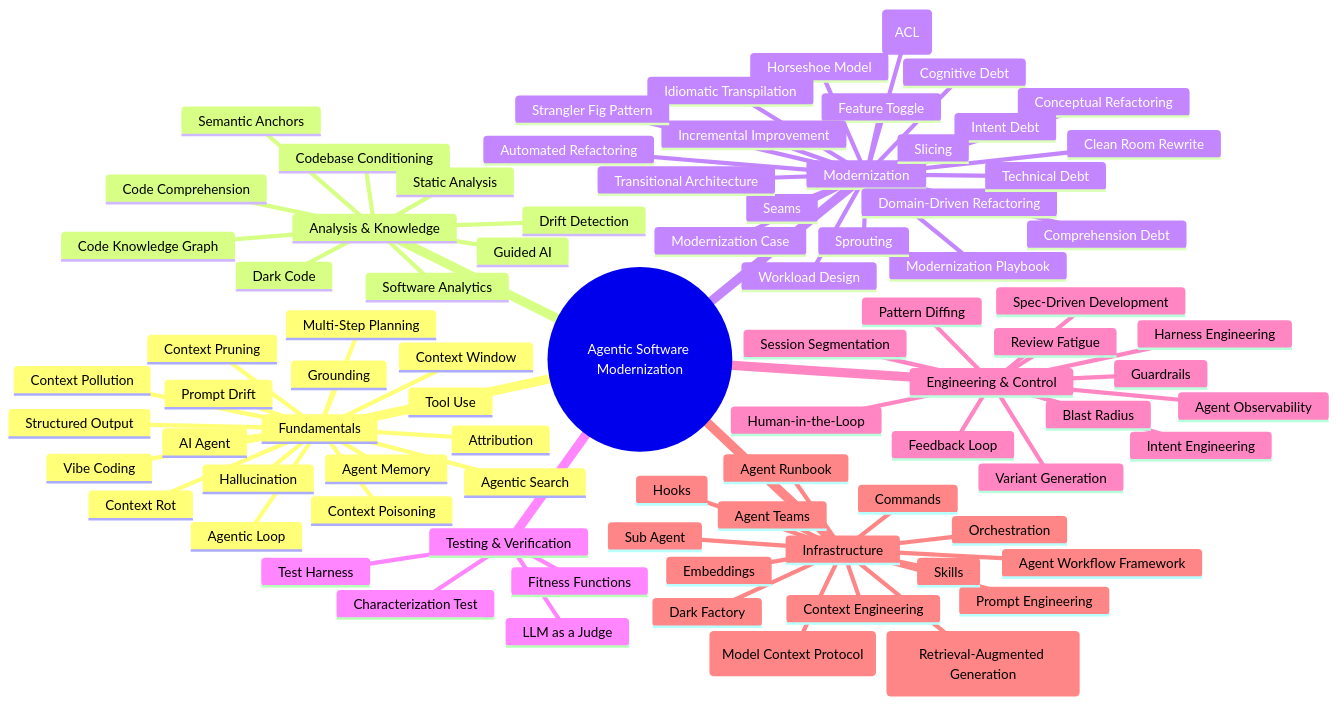
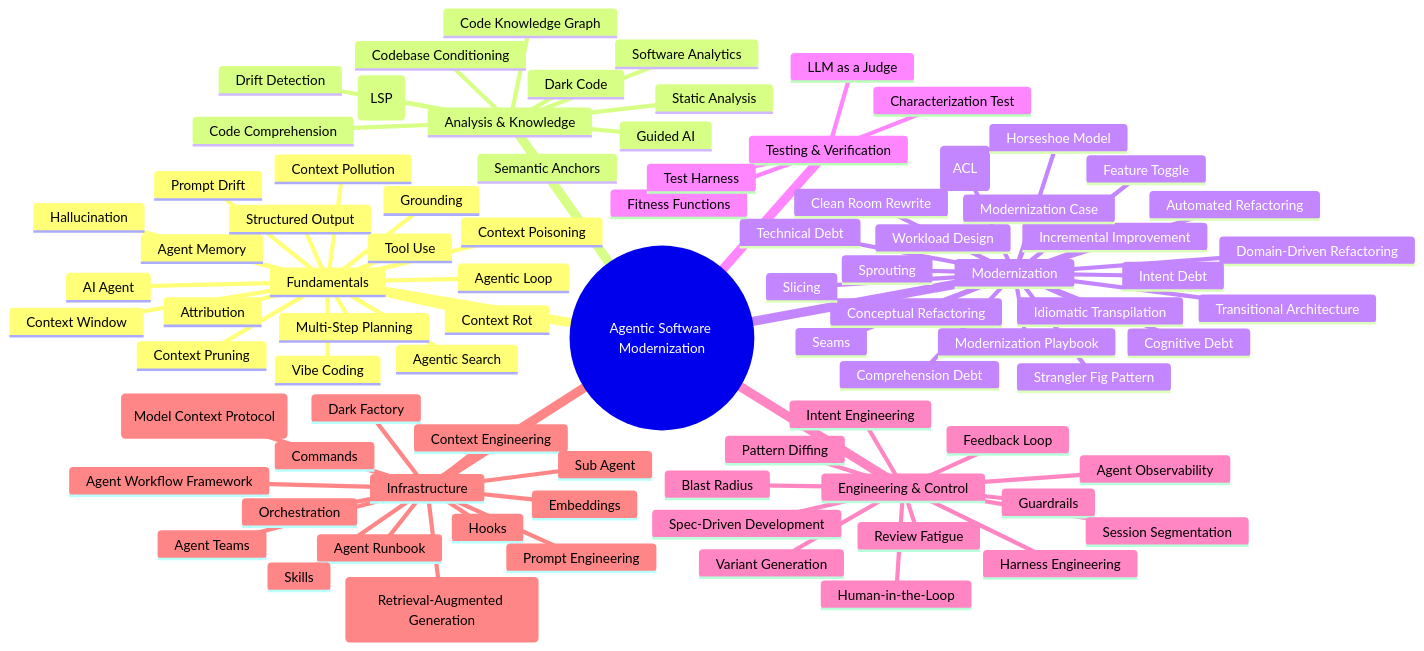
The sixth of 6 diagrams in docs/concept-maps.md (feststelltaste/asm-glossary), drawn with Mermaid before and after one commit. The commit also changed 16 other files, not shown here.

Commit message:
Add glossary term: Language Server Protocol (LSP)

```diff
--- a/docs/concept-maps.md
+++ b/docs/concept-maps.md
@@ -207,6 +207,7 @@
       Dark Code
       Drift Detection
       Guided AI
+      Language Server Protocol (LSP)
       Semantic Anchors
       Software Analytics
       Static Analysis
```
